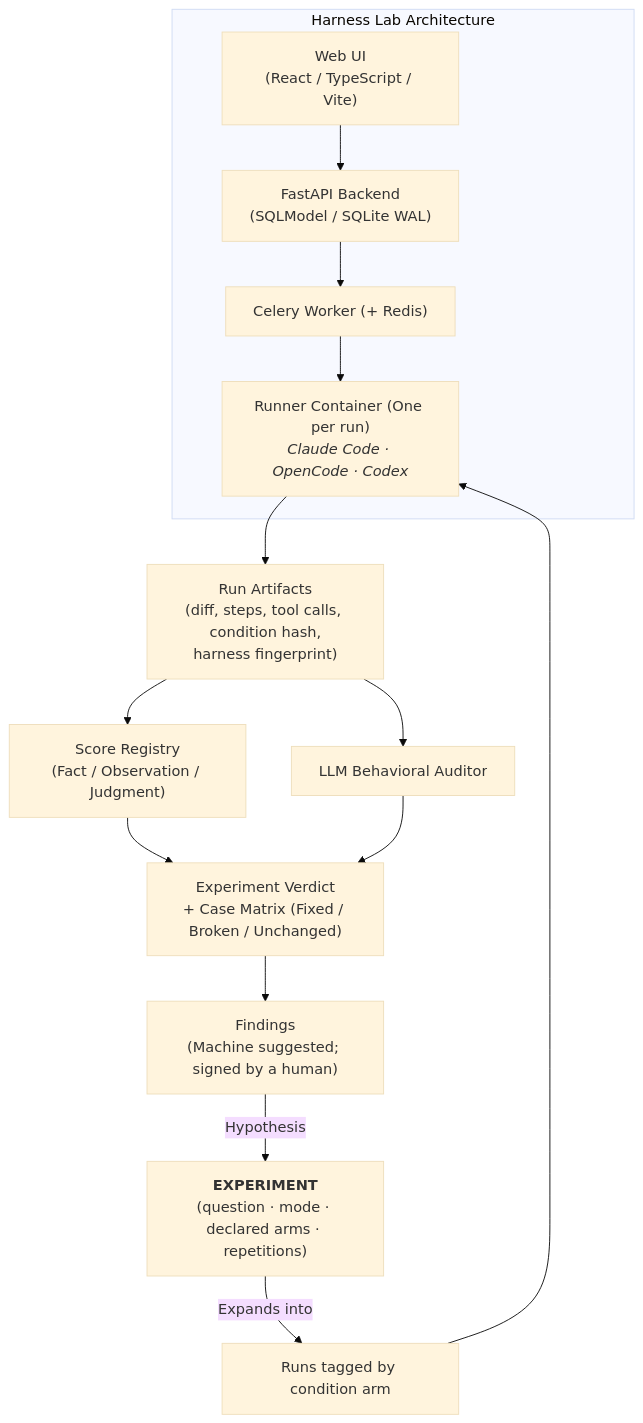
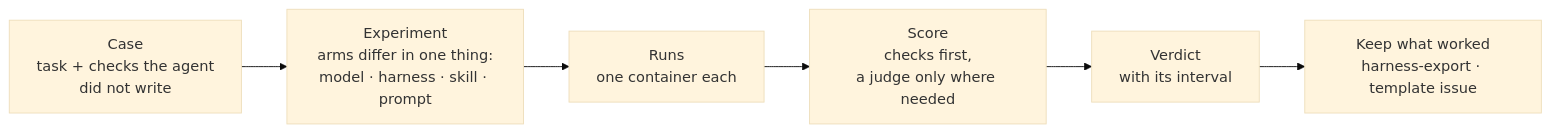
Before and after one commit to marcosdh1987/harness-engineering-guide: the diagram in docs/en/reference-implementation/ai-agentic-harness-lab/index.md, drawn with Mermaid (base theme). The commit also changed other lines of this file and 3 other files, not shown here.

Commit message:
docs(lab): catch the Harness Lab pages up to lab main (EN/ES)

````diff
--- a/docs/en/reference-implementation/ai-agentic-harness-lab/index.md
+++ b/docs/en/reference-implementation/ai-agentic-harness-lab/index.md
@@ -25,17 +114,8 @@
 ```mermaid
-flowchart TB
-    subgraph STACK["Harness Lab Architecture"]
-        UI["Web UI<br/>(React / TypeScript / Vite)"] --> API["FastAPI Backend<br/>(SQLModel / SQLite WAL)"]
-        API --> W["Celery Worker (+ Redis)"]
-        W --> RUNNER["Runner Container (One per run)<br/><i>Claude Code · OpenCode · Codex</i>"]
-    end
-
-    EXP["<b>EXPERIMENT</b><br/>(question · mode · declared arms · repetitions)"] -->|"Expands into"| RUNS["Runs tagged by condition arm"]
-    RUNS --> RUNNER
-    RUNNER --> ART["Run Artifacts<br/>(diff, steps, tool calls, condition hash,<br/>harness fingerprint)"]
-    ART --> SCORE["Score Registry<br/>(Fact / Observation / Judgment)"]
-    ART --> AUDIT["LLM Behavioral Auditor"]
-    SCORE & AUDIT --> VERDICT["Experiment Verdict<br/>+ Case Matrix (Fixed / Broken / Unchanged)"]
-    VERDICT --> FIND["Findings<br/>(Machine suggested; signed by a human)"]
-    FIND -->|"Hypothesis"| EXP
+flowchart LR
+    CASE["Case<br/>task + checks the agent<br/>did not write"] --> EXP["Experiment<br/>arms differ in one thing:<br/>model · harness · skill · prompt"]
+    EXP --> RUN["Runs<br/>one container each"]
+    RUN --> SCORE["Score<br/>checks first,<br/>a judge only where needed"]
+    SCORE --> VERDICT["Verdict<br/>with its interval"]
+    VERDICT --> KEEP["Keep what worked<br/>harness-export · template issue"]
 ```
````
